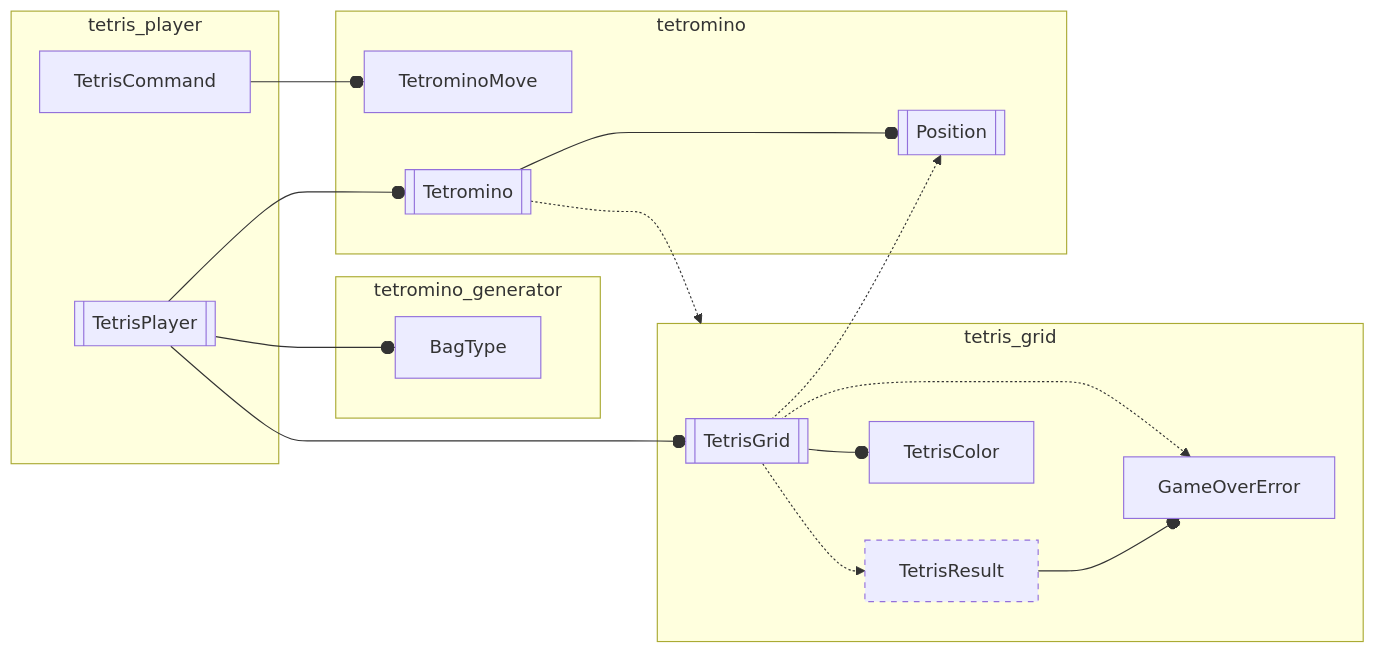
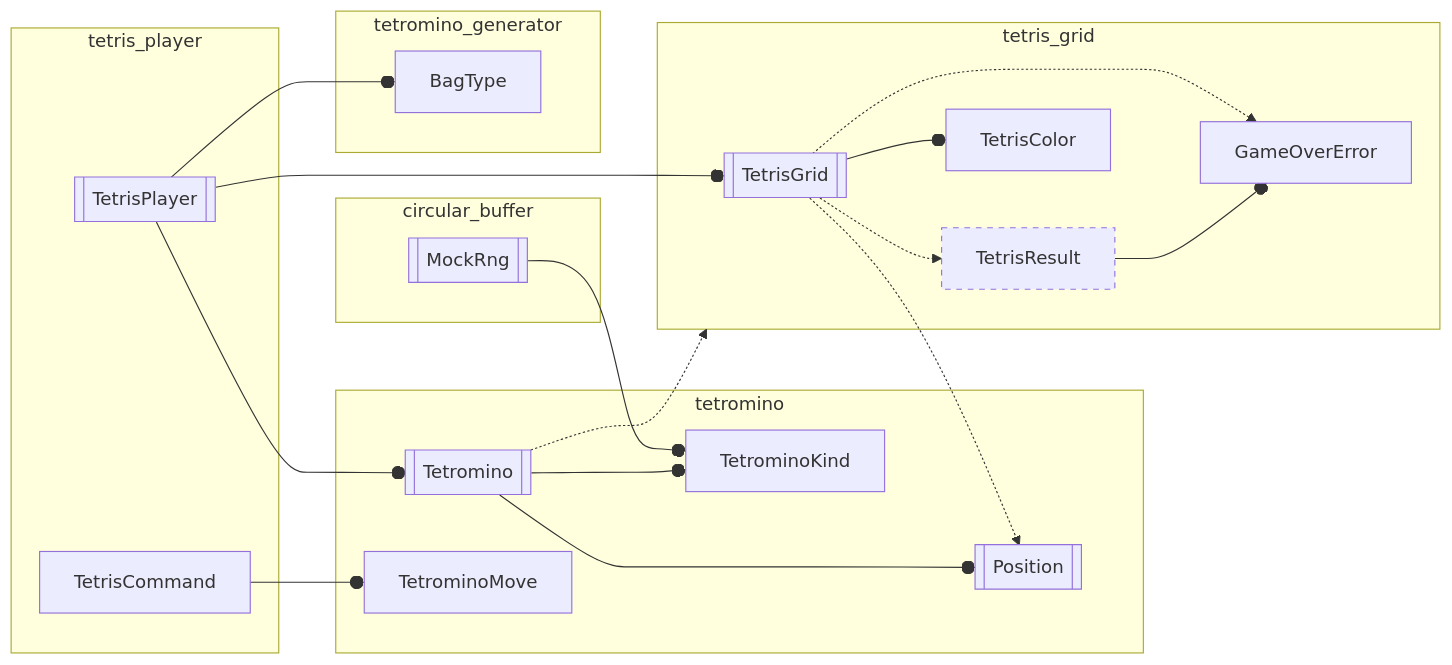
One commit to inesvar/tetris changed the diagram in tetris_core/src/tetris_core.mmd. Above: the diagram before and after it, drawn with Mermaid. The commit also changed 5 other files, not shown here.

Commit message:
Build MockRng from Vec<TetrominoKind> instead of Vec<u32>

```diff
--- a/tetris_core/src/tetris_core.mmd
+++ b/tetris_core/src/tetris_core.mmd
@@ -1,41 +1,50 @@
 graph LR
     %% objects
     BagType[BagType]
-    TetrominoMove[TetrominoMove]
     TetrisGrid[[TetrisGrid]]
     GameOverError[GameOverError]
     TetrisResult[TetrisResult]
     Tetromino[[Tetromino]]
     Position[[Position]]
     TetrisColor[TetrisColor]
     TetrisPlayer[[TetrisPlayer]]
     TetrisCommand[TetrisCommand]
+    TetrominoKind[TetrominoKind]
+    MockRng[[MockRng]]
+    TetrominoMove[TetrominoMove]
 
     subgraph tetris_player
         TetrisPlayer
         TetrisCommand
     end
     TetrisPlayer --o TetrisGrid
     TetrisPlayer --o Tetromino
+    TetrisPlayer --o BagType
+
+    subgraph circular_buffer
+        MockRng
+    end
+    MockRng --o TetrominoKind
+    Tetromino -.-> tetris_grid
+    TetrisGrid -.-> Position
+
+
+    subgraph tetromino
+        Tetromino --o Position
+        Tetromino --o TetrominoKind
+        TetrominoMove
+    end
     TetrisCommand --o TetrominoMove
-    TetrisPlayer --o BagType
 
     subgraph tetromino_generator
         BagType
     end
 
     subgraph tetris_grid
         TetrisGrid -.-> GameOverError
         TetrisGrid -.-> TetrisResult
         TetrisResult --o GameOverError
         TetrisGrid --o TetrisColor
     end
-    Tetromino -.-> tetris_grid
-    TetrisGrid -.-> Position
-
-    subgraph tetromino
-        TetrominoMove
-        Tetromino --o Position
-    end
 
     style TetrisResult stroke-dasharray: 5 5;
```
